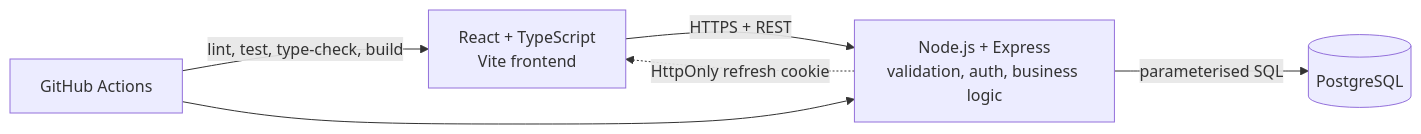
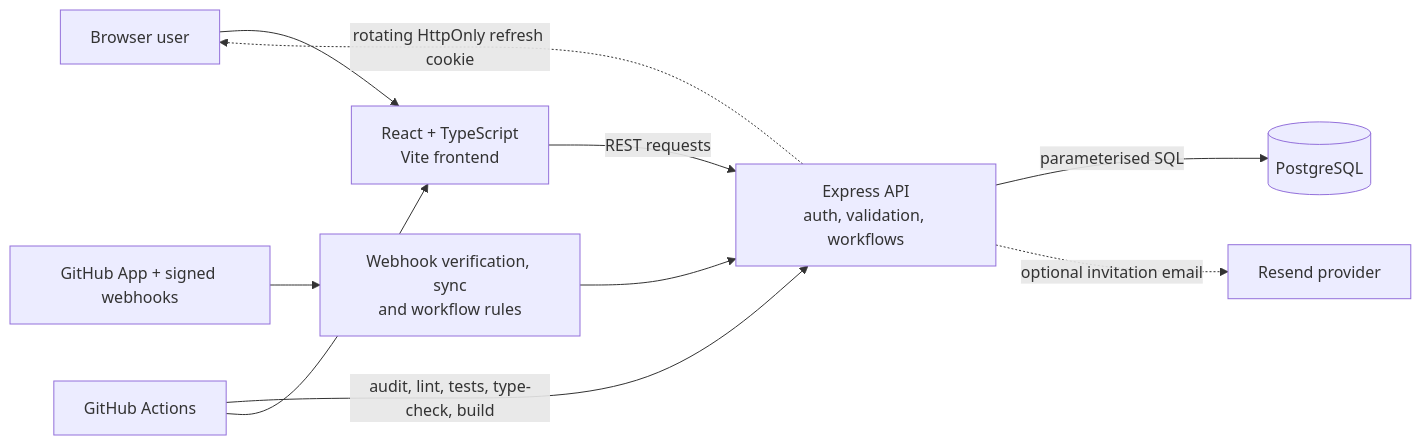
The diagram in README.md (Hrithik028/workflowhq), drawn with Mermaid before and after one commit. The commit also changed other lines of this file, not shown here.

Commit message:
Enhance README with project status and architecture
Updated README to reflect project status, added details about the tech stack, and improved architecture diagram.

````diff
--- a/README.md
+++ b/README.md
@@ -93,8 +99,12 @@
 ```mermaid
 flowchart LR
-  UI["React + TypeScript\nVite frontend"] -->|"HTTPS + REST"| API["Node.js + Express\nvalidation, auth, business logic"]
+  User["Browser user"] --> UI["React + TypeScript\nVite frontend"]
+  UI -->|"REST requests"| API["Express API\nauth, validation, workflows"]
   API -->|"parameterised SQL"| DB[(PostgreSQL)]
-  API -.->|"HttpOnly refresh cookie"| UI
-  CI["GitHub Actions"] -->|"lint, test, type-check, build"| UI
-  CI --> API
+  API -.->|"rotating HttpOnly refresh cookie"| User
+  GitHub["GitHub App + signed webhooks"] --> Integration["Webhook verification, sync\nand workflow rules"]
+  Integration --> API
+  API -.->|"optional invitation email"| Mail["Resend provider"]
+  CI["GitHub Actions"] -->|"audit, lint, tests, type-check, build"| API
+  CI --> UI
 ```
````
